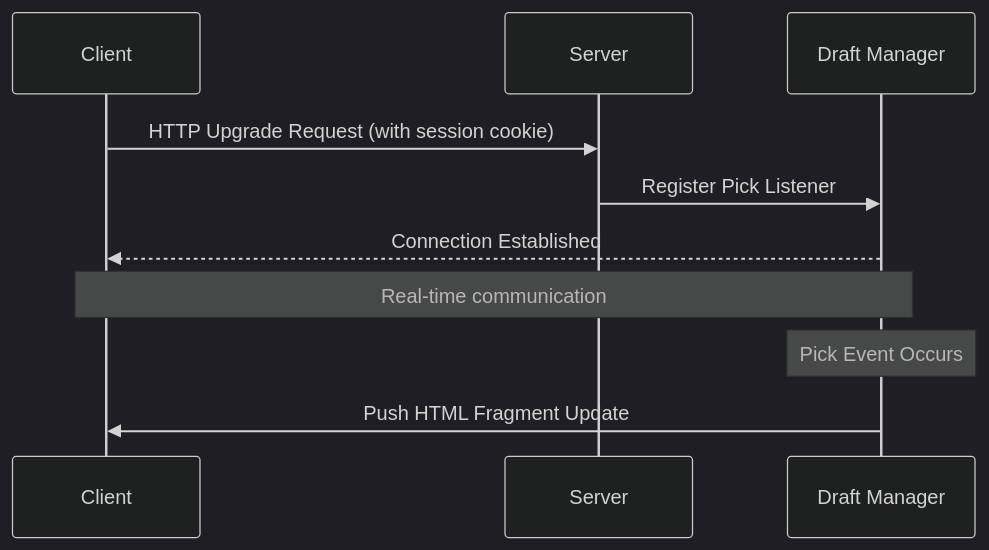
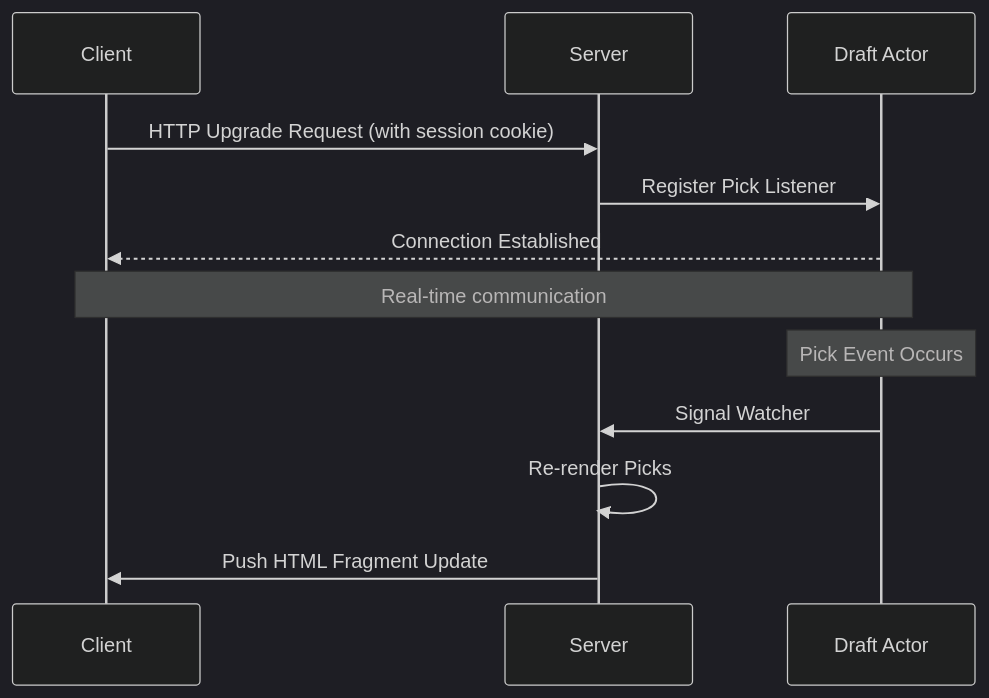
One commit to squirlemaster42/fantasy-frc-web changed the first of 2 diagrams in docs/api/websocket-api.md. Above: the diagram before and after it, drawn with Mermaid (dark theme). The commit also changed other lines of this file and 28 other files, not shown here.

````diff
--- a/docs/api/websocket-api.md
+++ b/docs/api/websocket-api.md
@@ -21,15 +21,17 @@
 ```mermaid
 sequenceDiagram
     participant C as Client
     participant S as Server
-    participant DM as Draft Manager
-    
+    participant DA as Draft Actor
+
     C->>S: HTTP Upgrade Request (with session cookie)
-    S->>DM: Register Pick Listener
-    DM-->>C: Connection Established
-    
-    Note over C,DM: Real-time communication
-    
-    Note over DM: Pick Event Occurs
-    DM->>C: Push HTML Fragment Update
+    S->>DA: Register Pick Listener
+    DA-->>C: Connection Established
+
+    Note over C,DA: Real-time communication
+
+    Note over DA: Pick Event Occurs
+    DA->>S: Signal Watcher
+    S->>S: Re-render Picks
+    S->>C: Push HTML Fragment Update
 ```
````
